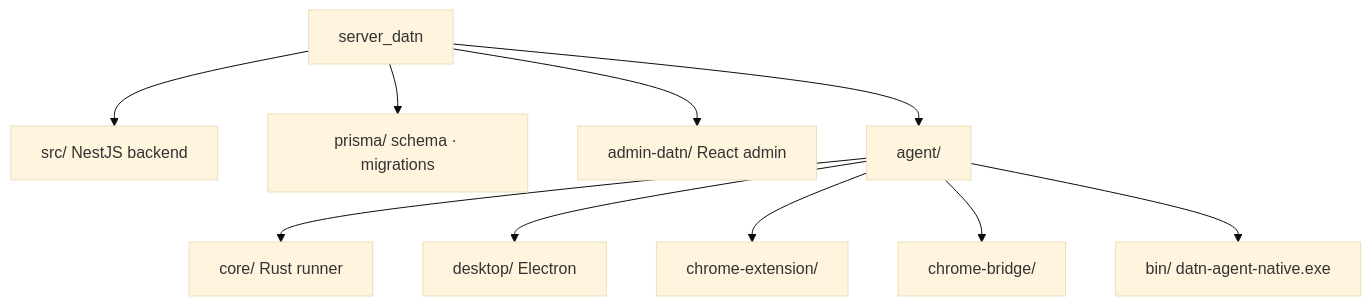
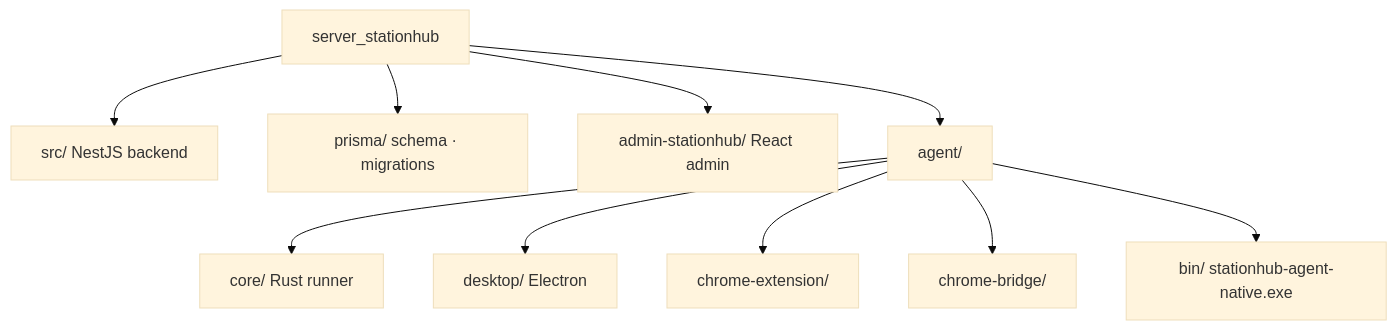
One commit to Daviseraaa/tdoan_remote_datn changed the fourth of 9 diagrams in docs/project-memory/architecture.md. Above: the diagram before and after it, drawn with Mermaid (base theme). The commit also changed other lines of this file and 376 other files, not shown here.

````diff
--- a/docs/project-memory/architecture.md
+++ b/docs/project-memory/architecture.md
@@ -101,15 +101,15 @@
 ```mermaid
 flowchart TB
-  ROOT[server_datn]
+  ROOT[server_stationhub]
 
   ROOT --> SRC[src/ NestJS backend]
   ROOT --> PRISMA[prisma/ schema · migrations]
-  ROOT --> ADMIN[admin-datn/ React admin]
+  ROOT --> ADMIN[admin-stationhub/ React admin]
   ROOT --> AGENT[agent/]
 
   AGENT --> CORE[core/ Rust runner]
   AGENT --> DESKTOP[desktop/ Electron]
   AGENT --> EXT[chrome-extension/]
   AGENT --> BRIDGE[chrome-bridge/]
-  AGENT --> BIN[bin/ datn-agent-native.exe]
+  AGENT --> BIN[bin/ stationhub-agent-native.exe]
 ```
````
